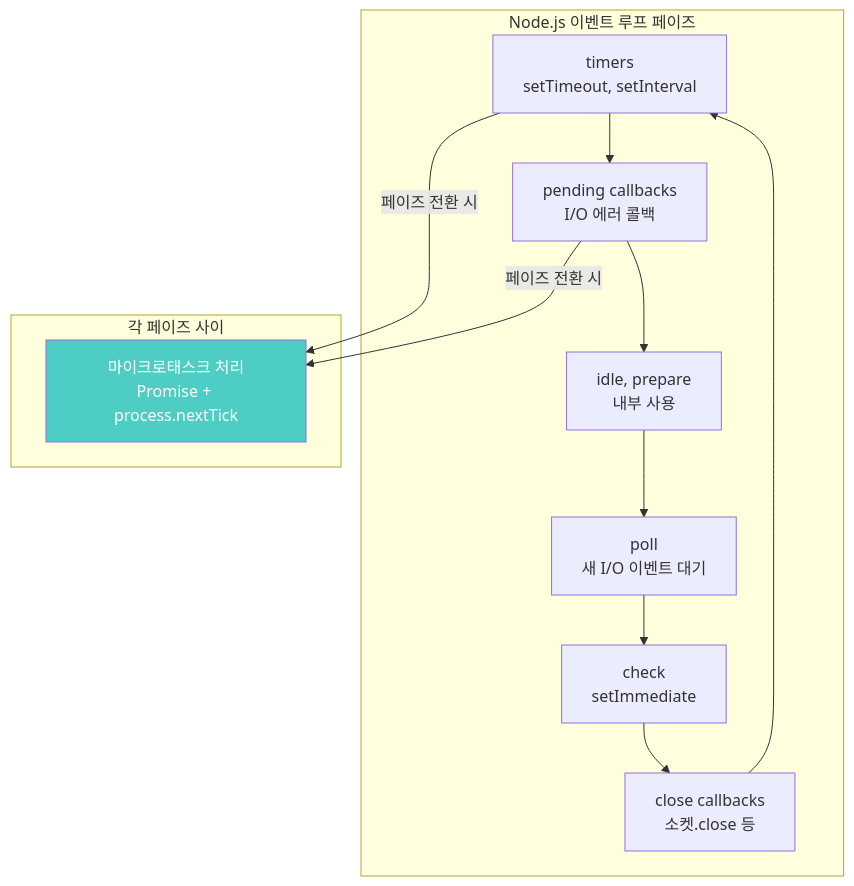
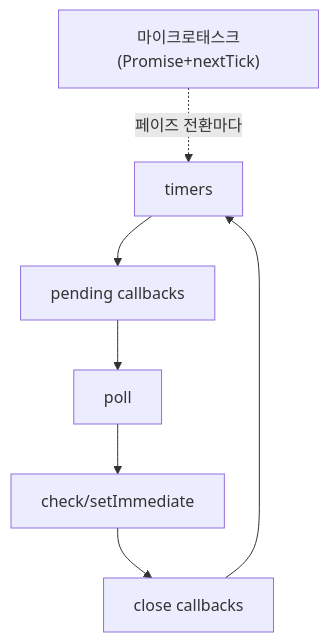
Diagram 12 of 13 in _posts/frontend/2026-05-02-js-event-loop.md (yjkim2015/yjkim2015.github.io), drawn with Mermaid before and after one commit. The commit also changed other lines of this file and 215 other files, not shown here.

First line of the commit message:
신규 포스트 10개 추가 + Mermaid 전면 축소 + SystemDesign 시리즈 보강

````diff
--- a/_posts/frontend/2026-05-02-js-event-loop.md
+++ b/_posts/frontend/2026-05-02-js-event-loop.md
@@ -553,20 +461,5 @@
 ```mermaid
 flowchart TD
-    subgraph "Node.js 이벤트 루프 페이즈"
-        A["timers<br>setTimeout, setInterval"] --> B["pending callbacks<br>I/O 에러 콜백"]
-        B --> C["idle, prepare<br>내부 사용"]
-        C --> D["poll<br>새 I/O 이벤트 대기"]
-        D --> E["check<br>setImmediate"]
-        E --> F["close callbacks<br>소켓.close 등"]
-        F --> A
-    end
-
-    subgraph "각 페이즈 사이"
-        MQ["마이크로태스크 처리<br>Promise + process.nextTick"]
-    end
-
-    A -->|"페이즈 전환 시"| MQ
-    B -->|"페이즈 전환 시"| MQ
-
-    style MQ fill:#4ecdc4,color:#fff
+    A["timers"] --> B["pending callbacks"] --> C["poll"] --> D["check/setImmediate"] --> E["close callbacks"] --> A
+    MQ["마이크로태스크(Promise+nextTick)"] -.->|"페이즈 전환마다"| A
 ```
````
